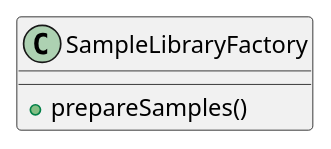
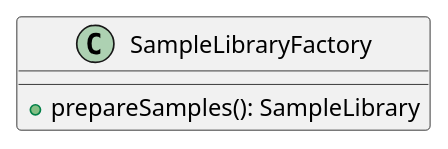
One commit to tunepruner/FingerPerc changed the third of 31 diagrams in app/Documentation/Declarations.puml. Above: the diagram before and after it, drawn with PlantUML. The commit also changed other lines of this file and 25 other files, not shown here.

Commit message:
Implements TriggerGraphFactory and SampleLibraryFactory

```diff
--- a/app/Documentation/Declarations.puml
+++ b/app/Documentation/Declarations.puml
@@ -15,5 +15,5 @@
 @startuml(id=SampleLibraryFactory)
 class SampleLibraryFactory{
-+prepareSamples()
++prepareSamples(): SampleLibrary
 }
 @enduml
```
